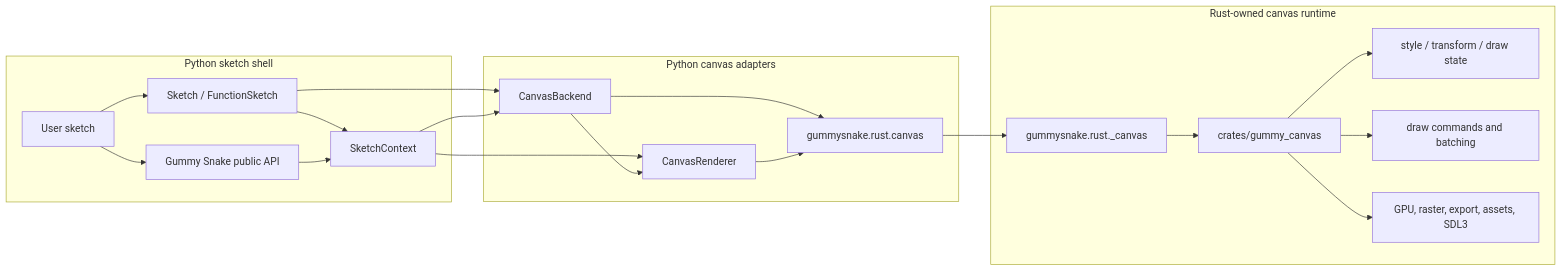
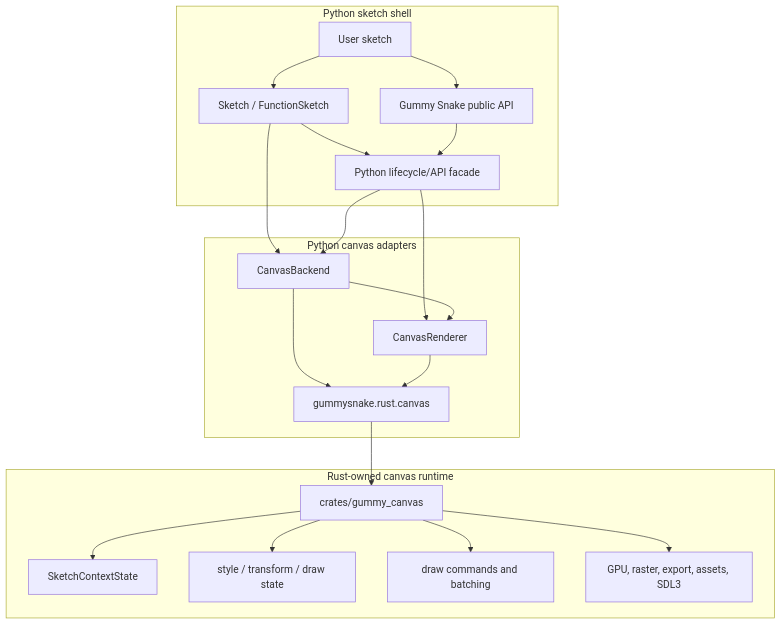
The diagram in docs/contribute/index.md (JonathanHHenson/gummy_snake), drawn with Mermaid before and after one commit. The commit also changed other lines of this file and 16 other files, not shown here.

Commit message:
Move sketch state into Rust canvas runtime

````diff
--- a/docs/contribute/index.md
+++ b/docs/contribute/index.md
@@ -17,38 +17,39 @@
 ```mermaid
-flowchart LR
+flowchart TD
     subgraph Python["Python sketch shell"]
         User[User sketch]
         Sketch[Sketch / FunctionSketch]
         API[Gummy Snake public API]
-        Context[SketchContext]
+        Facade[Python lifecycle/API facade]
     end
 
     subgraph Adapter["Python canvas adapters"]
         Backend[CanvasBackend]
         Renderer[CanvasRenderer]
         Wrapper[gummysnake.rust.canvas]
     end
 
     subgraph Rust["Rust-owned canvas runtime"]
-        Runtime[gummysnake.rust._canvas]
         Crate[crates/gummy_canvas]
+        ContextState[SketchContextState]
         DrawState[style / transform / draw state]
         Commands[draw commands and batching]
         Rendering[GPU, raster, export, assets, SDL3]
     end
 
     User --> Sketch
     User --> API
     Sketch --> Backend
-    Sketch --> Context
-    API --> Context
-    Context --> Backend
-    Context --> Renderer
+    Sketch --> Facade
+    API --> Facade
+    Facade --> Backend
+    Facade --> Renderer
     Backend --> Renderer
     Backend --> Wrapper
     Renderer --> Wrapper
-    Wrapper --> Runtime --> Crate
+    Wrapper --> Crate
+    Crate --> ContextState
     Crate --> DrawState
     Crate --> Commands
     Crate --> Rendering
 ```
````
